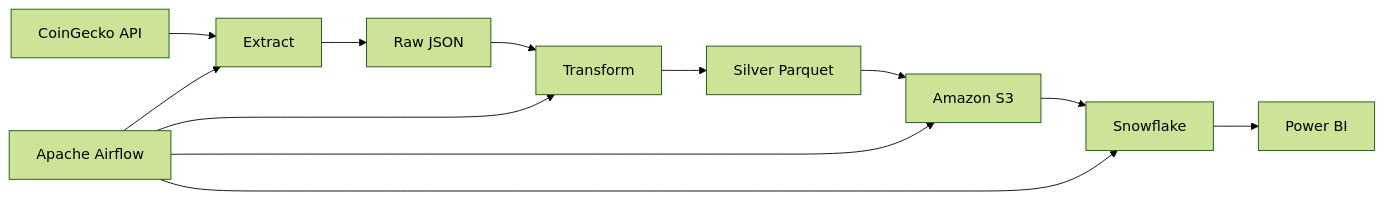
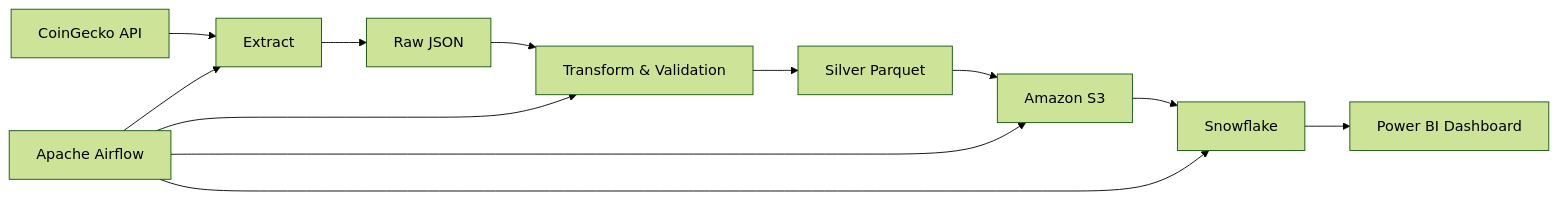
One commit to Sanusi-Abdulmalik/Wesonline-crypto-market-etl-pipeline changed the diagram in README.md. Above: the diagram before and after it, drawn with Mermaid (forest theme). The commit also changed other lines of this file, not shown here.

````diff
--- a/README.md
+++ b/README.md
@@ -53,26 +78,43 @@
 ```mermaid
 flowchart LR
 
-A[CoinGecko API]
-B[Extract]
-C[Raw JSON]
-D[Transform]
-E[Silver Parquet]
-F[Amazon S3]
-G[Snowflake]
-H[Power BI]
-I[Apache Airflow]
+API[CoinGecko API]
 
-A --> B
-B --> C
-C --> D
-D --> E
-E --> F
-F --> G
-G --> H
+EXTRACT[Extract]
 
-I --> B
-I --> D
-I --> F
-I --> G
+RAW[Raw JSON]
+
+TRANSFORM[Transform & Validation]
+
+PARQUET[Silver Parquet]
+
+S3[Amazon S3]
+
+SNOWFLAKE[Snowflake]
+
+POWERBI[Power BI Dashboard]
+
+AIRFLOW[Apache Airflow]
+
+API --> EXTRACT
+
+EXTRACT --> RAW
+
+RAW --> TRANSFORM
+
+TRANSFORM --> PARQUET
+
+PARQUET --> S3
+
+S3 --> SNOWFLAKE
+
+SNOWFLAKE --> POWERBI
+
+AIRFLOW --> EXTRACT
+
+AIRFLOW --> TRANSFORM
+
+AIRFLOW --> S3
+
+AIRFLOW --> SNOWFLAKE
 ```
````
